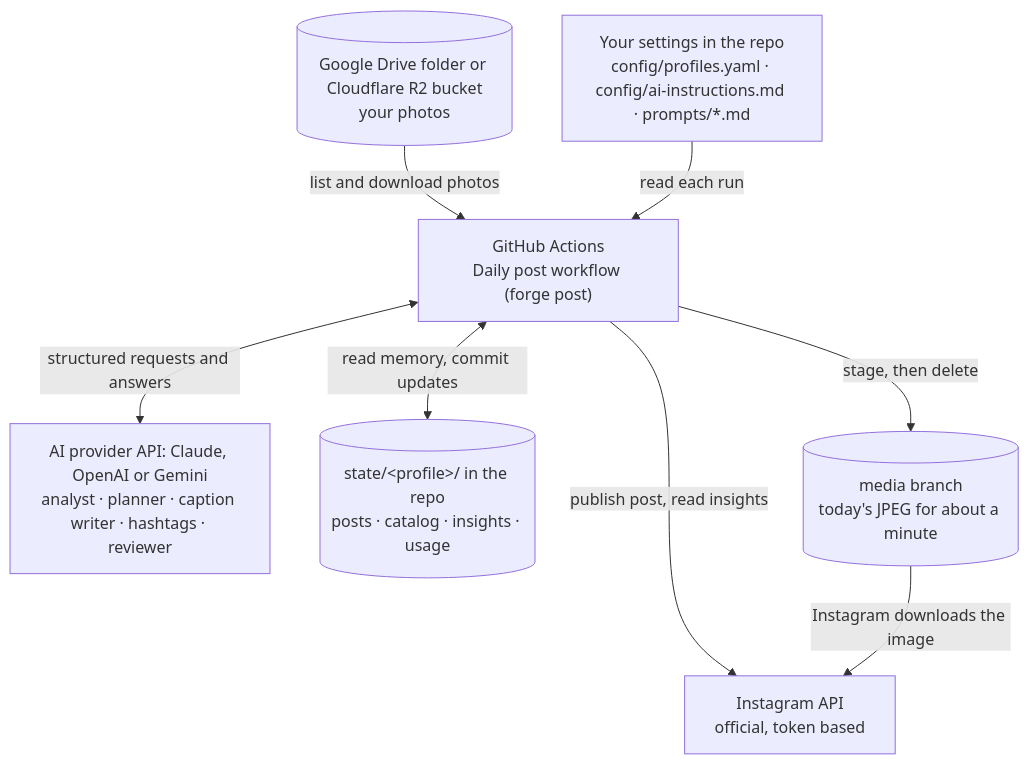
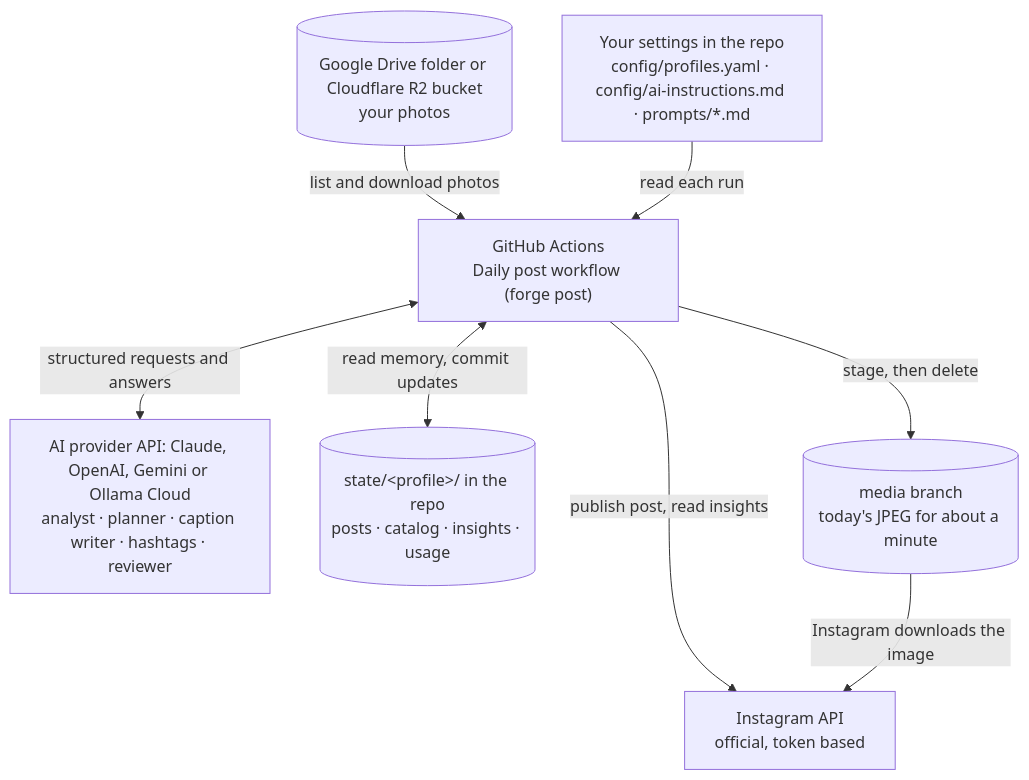
The second of 2 diagrams in README.md (sritajkumarpatel/instaPostsForge), drawn with Mermaid before and after one commit. The commit also changed other lines of this file and 4 other files, not shown here.

First line of the commit message:
Document Ollama Cloud and AI_MODEL in the README, setup guide and project page

````diff
--- a/README.md
+++ b/README.md
@@ -102,18 +102,18 @@
 ```mermaid
 flowchart TB
     Drive[("Google Drive folder or Cloudflare R2 bucket<br/>your photos")]
     Config["Your settings in the repo<br/>config/profiles.yaml · config/ai-instructions.md · prompts/*.md"]
     Actions["GitHub Actions<br/>Daily post workflow (forge post)"]
-    Claude["AI provider API: Claude, OpenAI or Gemini<br/>analyst · planner · caption writer · hashtags · reviewer"]
+    Claude["AI provider API: Claude, OpenAI, Gemini or Ollama Cloud<br/>analyst · planner · caption writer · hashtags · reviewer"]
     State[("state/#lt;profile#gt;/ in the repo<br/>posts · catalog · insights · usage")]
     Media[("media branch<br/>today's JPEG for about a minute")]
     IG["Instagram API<br/>official, token based"]
 
     Drive -->|"list and download photos"| Actions
     Config -->|"read each run"| Actions
     Actions <-->|"structured requests and answers"| Claude
     Actions <-->|"read memory, commit updates"| State
     Actions -->|"stage, then delete"| Media
     Actions -->|"publish post, read insights"| IG
     Media -->|"Instagram downloads the image"| IG
 ```
````
